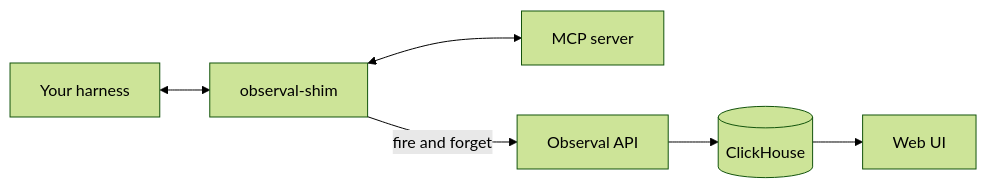
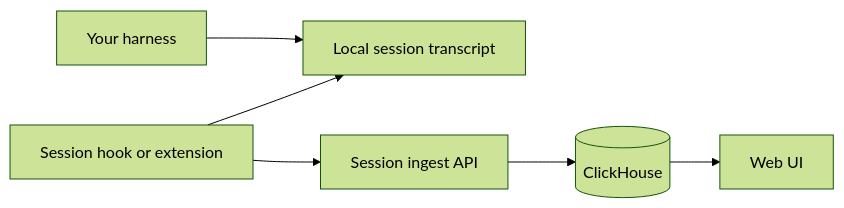
Before and after one commit to Observal/Observal: the diagram in docs/getting-started/quickstart.md, drawn with Mermaid (forest theme). The commit also changed other lines of this file and 87 other files, not shown here.

````diff
--- a/docs/getting-started/quickstart.md
+++ b/docs/getting-started/quickstart.md
@@ -184,15 +139,15 @@
 ```mermaid
 flowchart LR
     harness[Your harness]
-    shim[observal-shim]
-    mcp[MCP server]
-    api[Observal API]
+    transcript[Local session transcript]
+    hook[Session hook or extension]
+    api[Session ingest API]
     ch[(ClickHouse)]
     ui[Web UI]
 
-    harness <--> shim
-    shim <--> mcp
-    shim -->|fire and forget| api
+    harness --> transcript
+    hook --> transcript
+    hook --> api
     api --> ch
     ch --> ui
 ```
````
